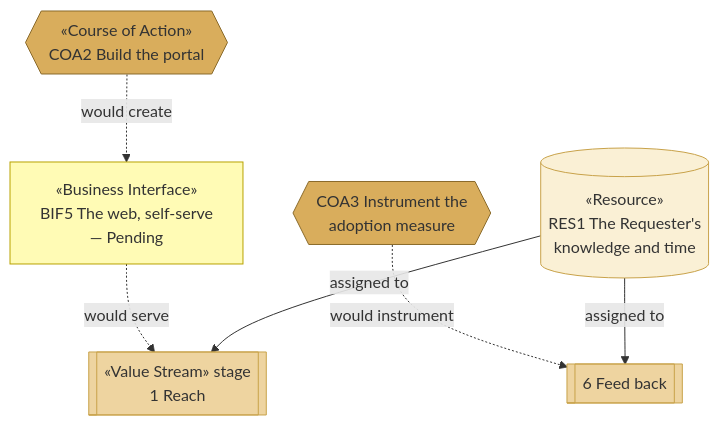
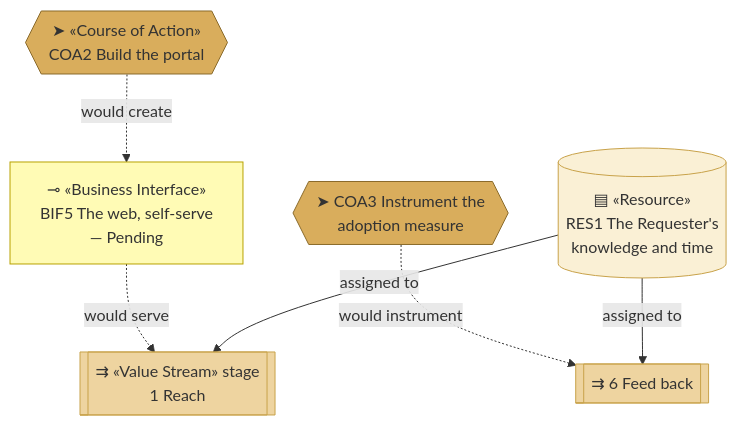
One commit to roanboc/architecture-archreator changed the fourth of 4 diagrams in organization/docs/ea/1_strategy/3_value-stream.md. Above: the diagram before and after it, drawn with Mermaid. The commit also changed other lines of this file and 7 other files, not shown here.

````diff
--- a/organization/docs/ea/1_strategy/3_value-stream.md
+++ b/organization/docs/ea/1_strategy/3_value-stream.md
@@ -137,23 +139,23 @@
 ```mermaid
 flowchart TB
-  s1[["«Value Stream» stage<br>1 Reach"]]:::stage
-  s6[["6 Feed back"]]:::stage
+  s1[["⇉ «Value Stream» stage<br>1 Reach"]]:::stage
+  s6[["⇉ 6 Feed back"]]:::stage
 
-  bif5["«Business Interface»<br>BIF5 The web, self-serve<br>— Pending"]:::interface
+  bif5["⊸ «Business Interface»<br>BIF5 The web, self-serve<br>— Pending"]:::interface
 
-  coa2{{"«Course of Action»<br>COA2 Build the portal"}}:::action
-  coa3{{"COA3 Instrument the<br>adoption measure"}}:::action
+  coa2{{"➤ «Course of Action»<br>COA2 Build the portal"}}:::action
+  coa3{{"➤ COA3 Instrument the<br>adoption measure"}}:::action
 
-  res1[("«Resource»<br>RES1 The Requester's<br>knowledge and time")]:::resource
+  res1[("▤ «Resource»<br>RES1 The Requester's<br>knowledge and time")]:::resource
 
   coa2 -.->|would create| bif5
   bif5 -.->|would serve| s1
   coa3 -.->|would instrument| s6
   res1 -->|assigned to| s1
   res1 -->|assigned to| s6
 
   classDef stage fill:#eed4a0,stroke:#c8a24a,color:#333
   classDef interface fill:#fffbb5,stroke:#b8a200,color:#333
   classDef action fill:#d9ad5c,stroke:#8a6a2a,color:#333
   classDef resource fill:#faf0d5,stroke:#c8a24a,color:#333
 ```
````
